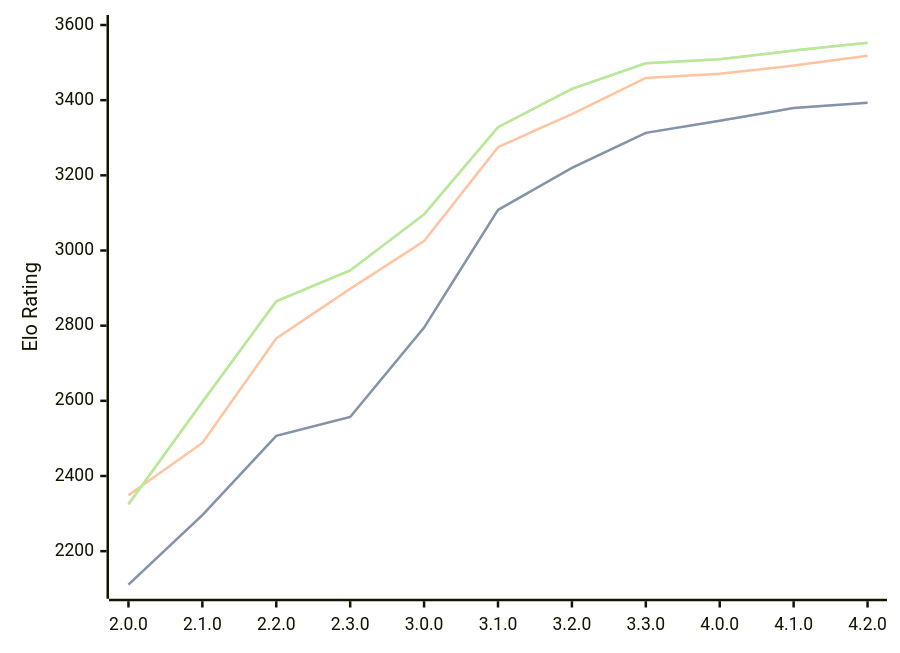
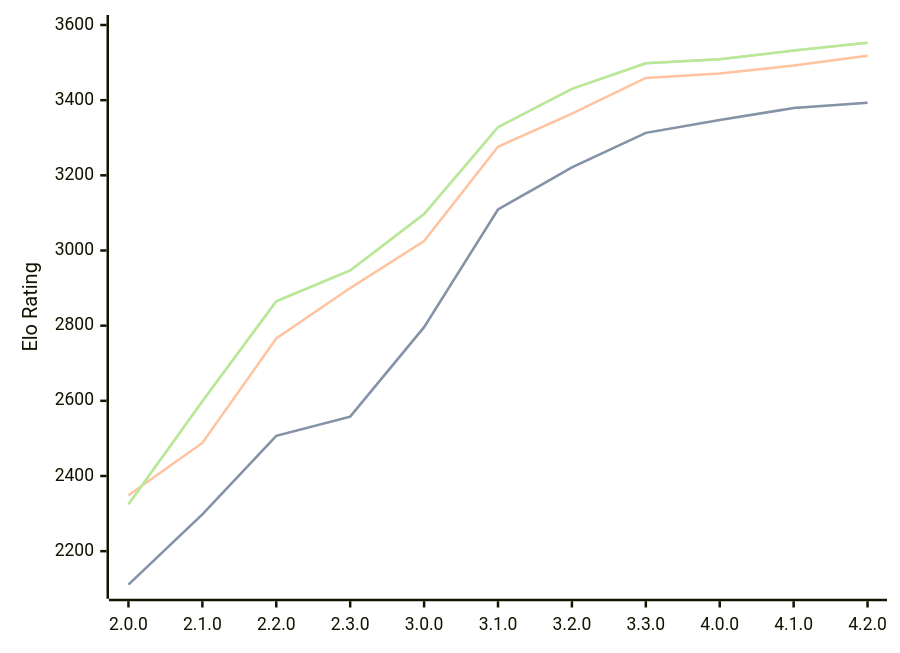
One commit to computer-chess-index/cci changed the first of 3 diagrams in engines/Raphael.md. Above: the diagram before and after it, drawn with Mermaid. The commit also changed other lines of this file, not shown here.

Commit message:
Update CCI Ratings (ELO VLTC) - 2026-07-14

````diff
--- a/engines/Raphael.md
+++ b/engines/Raphael.md
@@ -53,11 +53,11 @@
 ```mermaid
 %%{init: {"theme":"base","themeVariables":{"seriesColors:['#a3a3a3','#222221','#faa371']}}}%%
 xychart-beta
   x-axis ["2.0.0", "2.1.0", "2.2.0", "2.3.0", "3.0.0", "3.1.0", "3.2.0", "3.3.0", "4.0.0", "4.1.0", "4.2.0"]
   y-axis "Elo Rating" 2100 --> 3600
-  line "STC (8.0+0.08s)" [2111, 2296, 2507, 2557, 2795, 3108, 3220, 3313, 3345, 3379, 3393]
-  line "STC (8.0+0.08s)" [2111, 2296, 2507, 2557, 2795, 3108, 3220, 3313, 3345, 3379, 3393]
-  line "LTC (60.0+0.60s)" [2349, 2488, 2766, 2898, 3025, 3275, 3363, 3459, 3470, 3492, 3518]
-  line "VLTC (2m24s+1.12s)" [2325, 2597, 2865, 2947, 3096, 3328, 3430, 3498, 3509, 3532, 3553]
-  line "VLTC (2m24s+1.12s)" [2325, 2597, 2865, 2947, 3096, 3328, 3430, 3498, 3509, 3532, 3553]
+  line "STC (8.0+0.08s)" [2111, 2298, 2507, 2558, 2796, 3109, 3221, 3313, 3347, 3379, 3393]
+  line "STC (8.0+0.08s)" [2111, 2298, 2507, 2558, 2796, 3109, 3221, 3313, 3347, 3379, 3393]
+  line "LTC (60.0+0.60s)" [2349, 2488, 2766, 2900, 3025, 3276, 3364, 3459, 3471, 3492, 3518]
+  line "VLTC (2m24s+1.12s)" [2325, 2599, 2865, 2947, 3097, 3328, 3430, 3498, 3509, 3532, 3553]
+  line "VLTC (2m24s+1.12s)" [2325, 2599, 2865, 2947, 3097, 3328, 3430, 3498, 3509, 3532, 3553]
 ```
````
